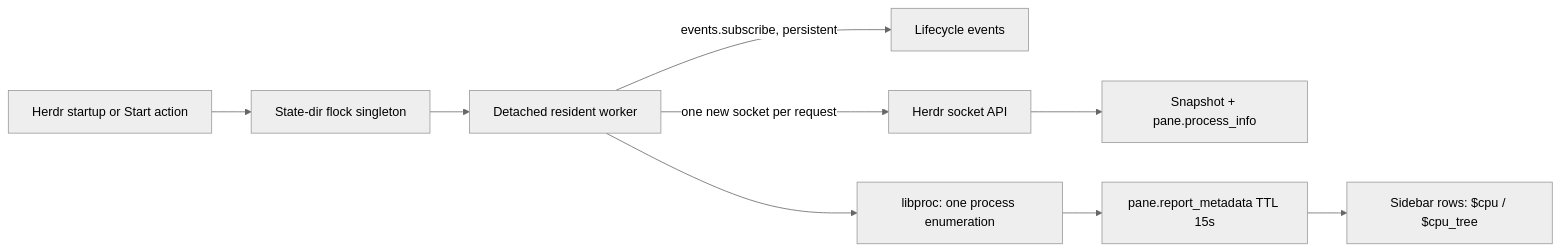
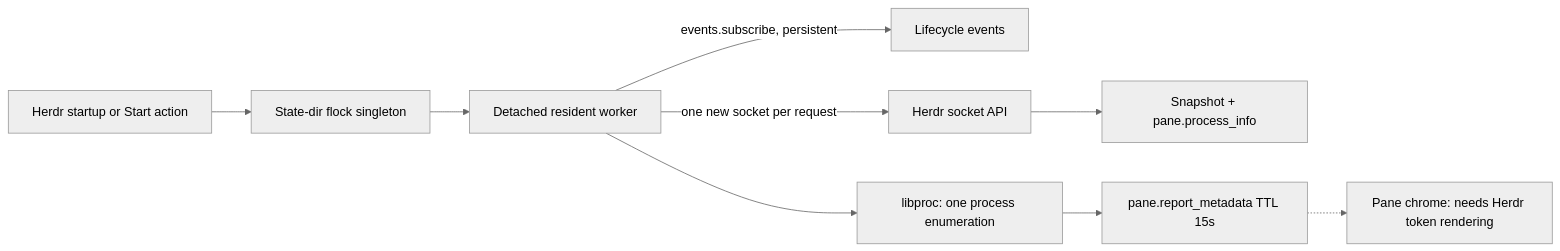
One commit to unphased/vim-config changed the diagram in herdr-plugins/pane-load/README.md. Above: the diagram before and after it, drawn with Mermaid (neutral theme). The commit also changed other lines of this file and 1 other file, not shown here.

First line of the commit message:
Remove pane-load metrics from agent-only sidebar

````diff
--- a/herdr-plugins/pane-load/README.md
+++ b/herdr-plugins/pane-load/README.md
@@ -7,11 +7,11 @@
 ```mermaid
 flowchart LR
   Start[Herdr startup or Start action] --> Lock[State-dir flock singleton]
   Lock --> Worker[Detached resident worker]
   Worker -->|events.subscribe, persistent| Events[Lifecycle events]
   Worker -->|one new socket per request| API[Herdr socket API]
   API --> Snapshot[Snapshot + pane.process_info]
   Worker --> Libproc[libproc: one process enumeration]
   Libproc --> Metadata[pane.report_metadata TTL 15s]
-  Metadata --> Sidebar[Sidebar rows: $cpu / $cpu_tree]
+  Metadata -.-> Chrome[Pane chrome: needs Herdr token rendering]
 ```
````
